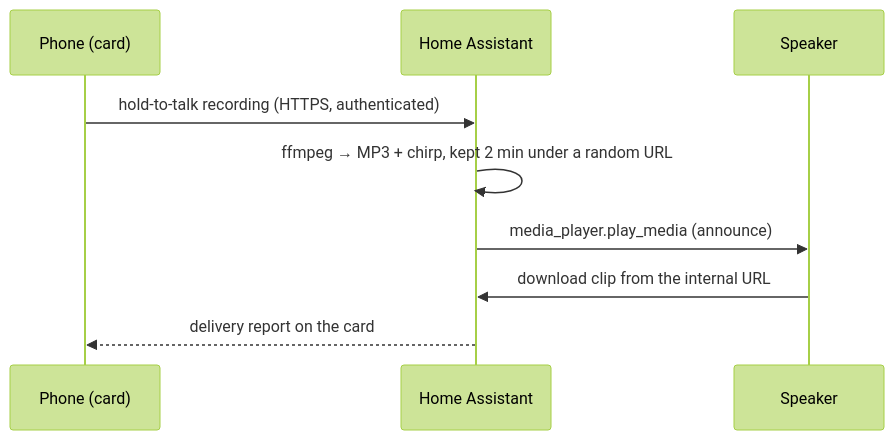
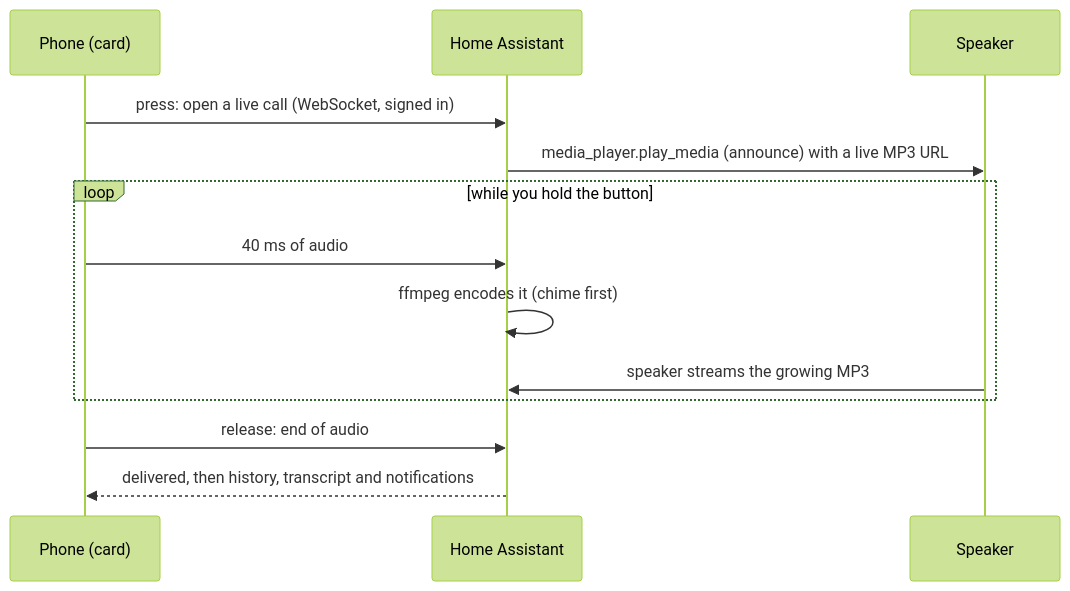
Before and after one commit to daredoole/RoomCall: the diagram in README.md, drawn with Mermaid (forest theme). The commit also changed other lines of this file and 3 other files, not shown here.

First line of the commit message:
Docs: bring README, docs home, HA guide and roadmap up to 0.7

````diff
--- a/README.md
+++ b/README.md
@@ -182,11 +185,15 @@
 ```mermaid
 sequenceDiagram
     participant P as Phone (card)
     participant H as Home Assistant
     participant S as Speaker
-    P->>H: hold-to-talk recording (HTTPS, authenticated)
-    H->>H: ffmpeg → MP3 + chirp, kept 2 min under a random URL
-    H->>S: media_player.play_media (announce)
-    S->>H: download clip from the internal URL
-    H-->>P: delivery report on the card
+    P->>H: press: open a live call (WebSocket, signed in)
+    H->>S: media_player.play_media (announce) with a live MP3 URL
+    loop while you hold the button
+        P->>H: 40 ms of audio
+        H->>H: ffmpeg encodes it (chime first)
+        S->>H: speaker streams the growing MP3
+    end
+    P->>H: release: end of audio
+    H-->>P: delivered, then history, transcript and notifications
 ```
````
